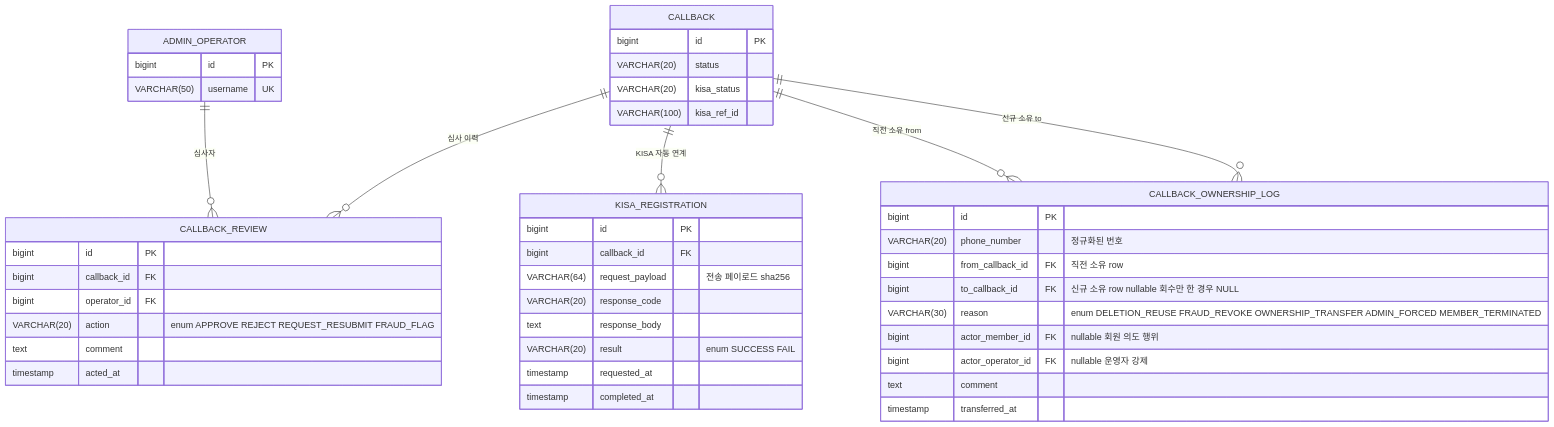
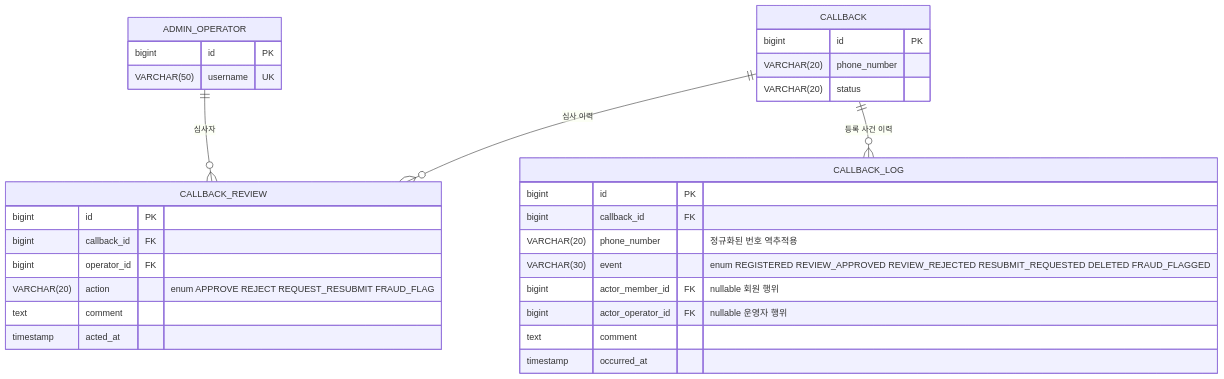
The eighth of 26 diagrams in pm/05_DATA_MODEL.md (beanteacher/web-wisecan-unified), drawn with Mermaid before and after one commit. The commit also changed other lines of this file and 17 other files, not shown here.

````diff
--- a/pm/05_DATA_MODEL.md
+++ b/pm/05_DATA_MODEL.md
@@ -535,48 +597,34 @@
 ```mermaid
 %%{init: {"themeVariables": {"fontSize": "16px"}}}%%
 erDiagram
   CALLBACK {
     bigint id PK
+    VARCHAR(20) phone_number
     VARCHAR(20) status
-    VARCHAR(20) kisa_status
-    VARCHAR(100) kisa_ref_id
   }
   ADMIN_OPERATOR {
     bigint id PK
     VARCHAR(50) username UK
   }
   CALLBACK_REVIEW {
     bigint id PK
     bigint callback_id FK
     bigint operator_id FK
     VARCHAR(20) action "enum APPROVE REJECT REQUEST_RESUBMIT FRAUD_FLAG"
     text comment
     timestamp acted_at
   }
-  KISA_REGISTRATION {
+  CALLBACK_LOG {
     bigint id PK
     bigint callback_id FK
-    VARCHAR(64) request_payload "전송 페이로드 sha256"
-    VARCHAR(20) response_code
-    text response_body
-    VARCHAR(20) result "enum SUCCESS FAIL"
-    timestamp requested_at
-    timestamp completed_at
-  }
-  CALLBACK_OWNERSHIP_LOG {
-    bigint id PK
-    VARCHAR(20) phone_number "정규화된 번호"
-    bigint from_callback_id FK "직전 소유 row"
-    bigint to_callback_id FK "신규 소유 row nullable 회수만 한 경우 NULL"
-    VARCHAR(30) reason "enum DELETION_REUSE FRAUD_REVOKE OWNERSHIP_TRANSFER ADMIN_FORCED MEMBER_TERMINATED"
-    bigint actor_member_id FK "nullable 회원 의도 행위"
-    bigint actor_operator_id FK "nullable 운영자 강제"
+    VARCHAR(20) phone_number "정규화된 번호 역추적용"
+    VARCHAR(30) event "enum REGISTERED REVIEW_APPROVED REVIEW_REJECTED RESUBMIT_REQUESTED DELETED FRAUD_FLAGGED"
+    bigint actor_member_id FK "nullable 회원 행위"
+    bigint actor_operator_id FK "nullable 운영자 행위"
     text comment
-    timestamp transferred_at
+    timestamp occurred_at
   }
   CALLBACK ||--o{ CALLBACK_REVIEW : "심사 이력"
   ADMIN_OPERATOR ||--o{ CALLBACK_REVIEW : "심사자"
-  CALLBACK ||--o{ KISA_REGISTRATION : "KISA 자동 연계"
-  CALLBACK ||--o{ CALLBACK_OWNERSHIP_LOG : "직전 소유 from"
-  CALLBACK ||--o{ CALLBACK_OWNERSHIP_LOG : "신규 소유 to"
+  CALLBACK ||--o{ CALLBACK_LOG : "등록 사건 이력"
 ```
````
